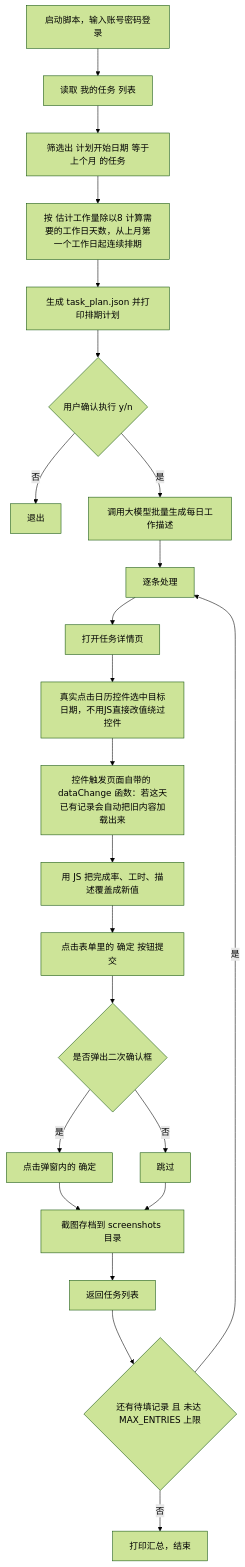
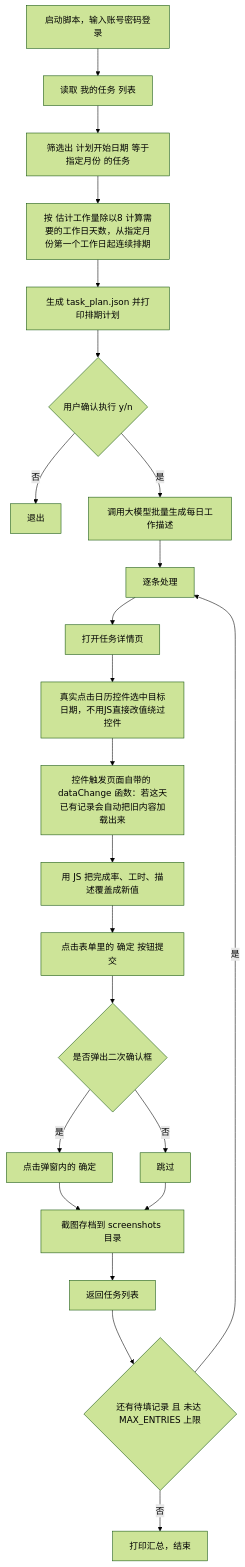
The diagram in README.md (ChendongPang/rdm-report-bot), drawn with Mermaid (forest theme) before and after one commit. The commit also changed other lines of this file and 1 other file, not shown here.

````diff
--- a/README.md
+++ b/README.md
@@ -88,25 +88,25 @@
 ```mermaid
 flowchart TD
     A[启动脚本，输入账号密码登录] --> B[读取 我的任务 列表]
-    B --> C[筛选出 计划开始日期 等于上个月 的任务]
-    C --> D[按 估计工作量除以8 计算需要的工作日天数，从上月第一个工作日起连续排期]
+    B --> C[筛选出 计划开始日期 等于指定月份 的任务]
+    C --> D[按 估计工作量除以8 计算需要的工作日天数，从指定月份第一个工作日起连续排期]
     D --> E[生成 task_plan.json 并打印排期计划]
     E --> F{用户确认执行 y/n}
     F -- 否 --> Z[退出]
     F -- 是 --> G[调用大模型批量生成每日工作描述]
     G --> H[逐条处理]
     H --> I[打开任务详情页]
     I --> J[真实点击日历控件选中目标日期，不用JS直接改值绕过控件]
     J --> K[控件触发页面自带的 dataChange 函数：若这天已有记录会自动把旧内容加载出来]
     K --> L[用 JS 把完成率、工时、描述覆盖成新值]
     L --> M[点击表单里的 确定 按钮提交]
     M --> N{是否弹出二次确认框}
     N -- 是 --> O[点击弹窗内的 确定]
     N -- 否 --> P[跳过]
     O --> Q[截图存档到 screenshots 目录]
     P --> Q
     Q --> R[返回任务列表]
     R --> S{还有待填记录 且 未达 MAX_ENTRIES 上限}
     S -- 是 --> H
     S -- 否 --> T[打印汇总，结束]
 ```
````
